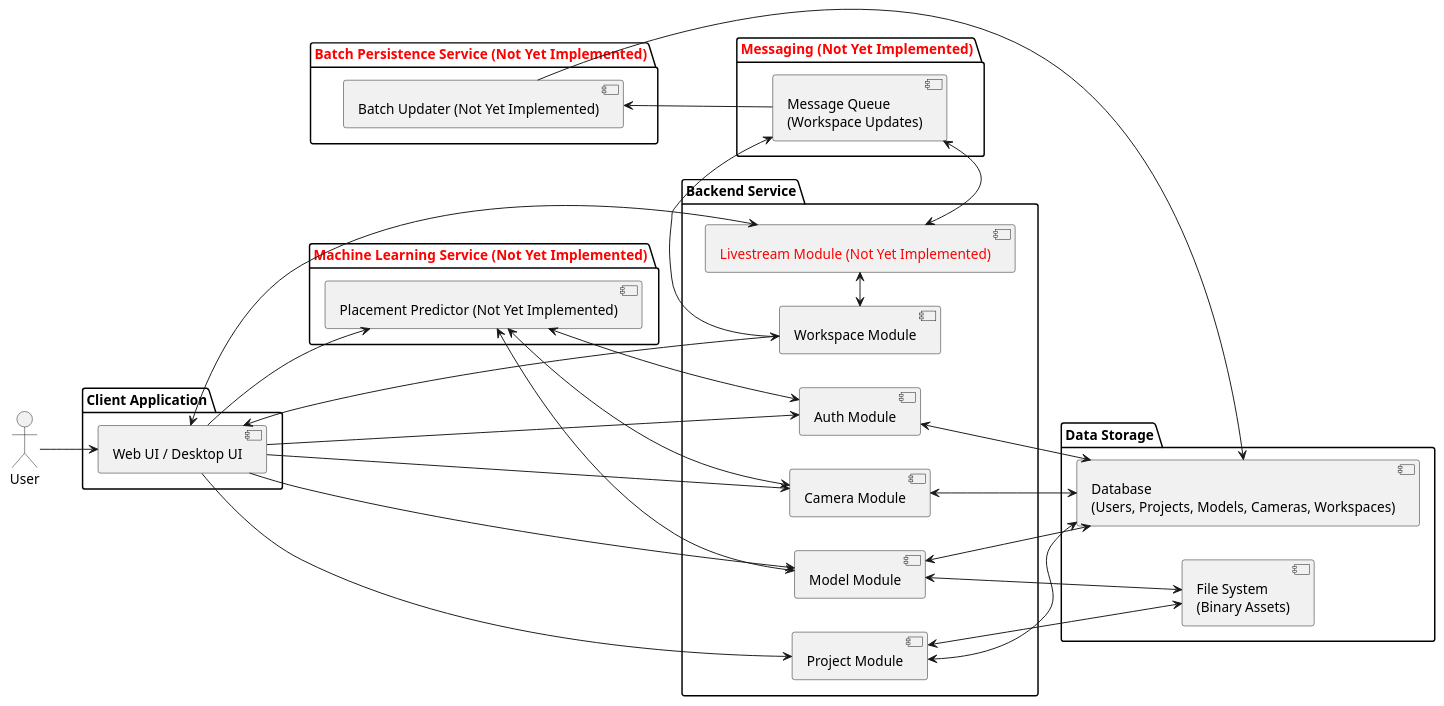
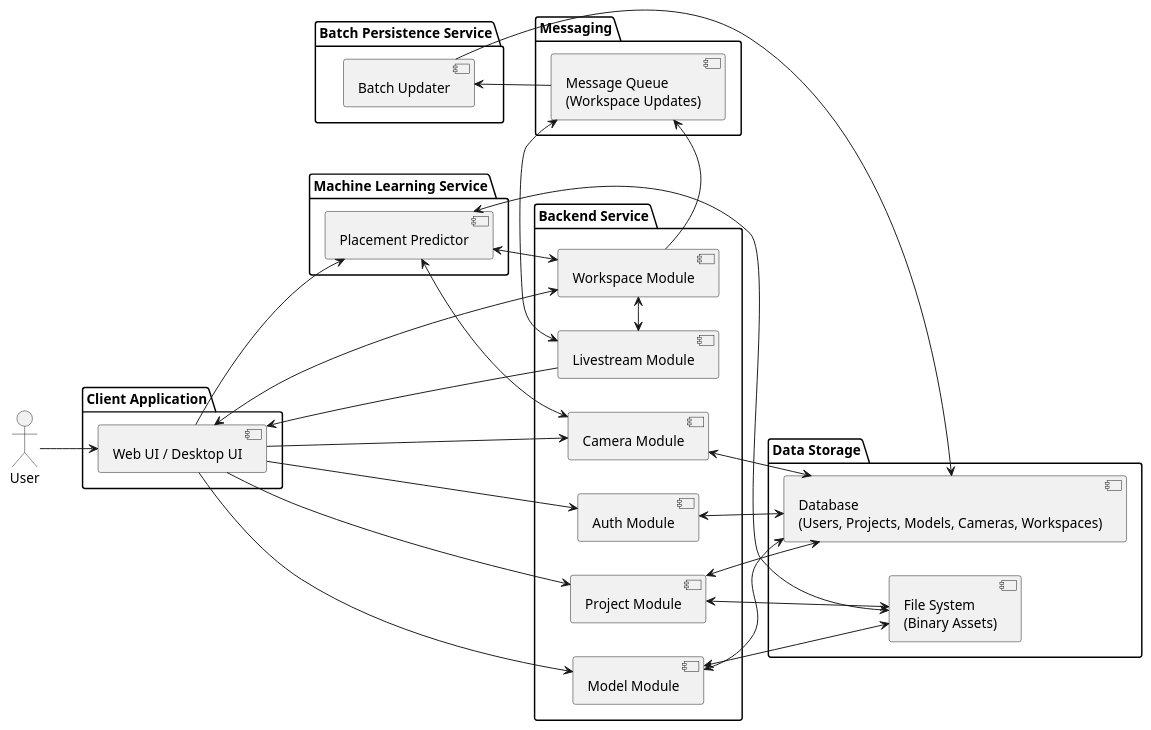
The diagram in docs/diagrams/system_architecture.puml (Ministry-of-Learning-of-Jura-Kites/OmniCam), drawn with PlantUML before and after one commit. The commit also changed 6 other files, not shown here.

Commit message:
Update diagrams

```diff
--- a/docs/diagrams/system_architecture.puml
+++ b/docs/diagrams/system_architecture.puml
@@ -1,69 +1,70 @@
 @startuml OmniCam System Architecture Diagram
 left to right direction
+skinparam defaultFontName "Arial"
 
 actor User
 
 package "Client Application" {
   [Web UI / Desktop UI] as UI
 }
 
 package "Backend Service" {
   [Auth Module] as Auth
   [Model Module] as Model
   [Project Module] as Project
   together {
     [Workspace Module] as Workspace
-    [<color:red>Livestream Module (Not Yet Implemented)</color>] as Livestream
+    [Livestream Module] as Livestream
   }
   [Camera Module] as Camera
 }
 
-package "<color:red>Batch Persistence Service (Not Yet Implemented)</color>" {
-  [Batch Updater (Not Yet Implemented)] as BatchUpdater
+package "Batch Persistence Service" {
+  [Batch Updater] as BatchUpdater
 }
 
-package "<color:red>Machine Learning Service (Not Yet Implemented)</color>" {
-  [Placement Predictor (Not Yet Implemented)] as PlacementPredictor
+package "Machine Learning Service" {
+  [Placement Predictor] as PlacementPredictor
 }
 
 package "Data Storage" {
   [Database\n(Users, Projects, Models, Cameras, Workspaces)] as DB
   [File System\n(Binary Assets)] as Repo
 }
 
-package "<color:red>Messaging (Not Yet Implemented)</color>" {
+package "Messaging" {
   [Message Queue\n(Workspace Updates)] as MessageQueue
 }
 
 ' Actors interact with UI
 User --> UI
 
 ' Client calls backend
 UI <--> Workspace
-UI <-> Livestream
+UI <-- Livestream
 UI --> Auth
 UI --> Project
 UI --> Model
 UI --> Camera
 UI --> PlacementPredictor
 
-PlacementPredictor <-> Auth
-PlacementPredictor <-> Camera
-PlacementPredictor <--> Model
+PlacementPredictor <-> Workspace
+PlacementPredictor <--> Camera
+PlacementPredictor <--> Repo
 
 ' Workspace Livestream
 Workspace <-> Livestream
 BatchUpdater <-- MessageQueue
 BatchUpdater -down-> DB
 
 ' Backend to storage
 Auth <-> DB
 Project <-> DB
 Project <-> Repo
 Model <-> DB
 Model <-> Repo
 Workspace -> MessageQueue
 Livestream <-> MessageQueue
 Camera <--> DB
 
 @enduml
```
